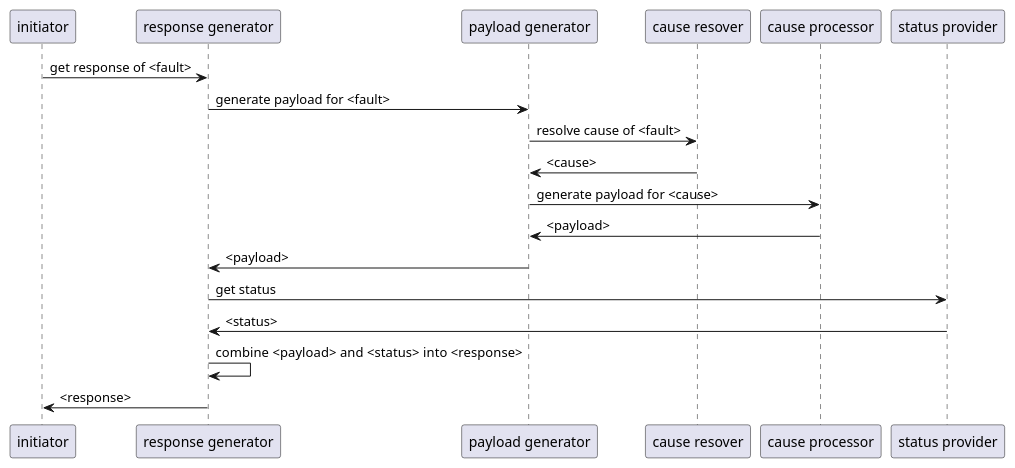
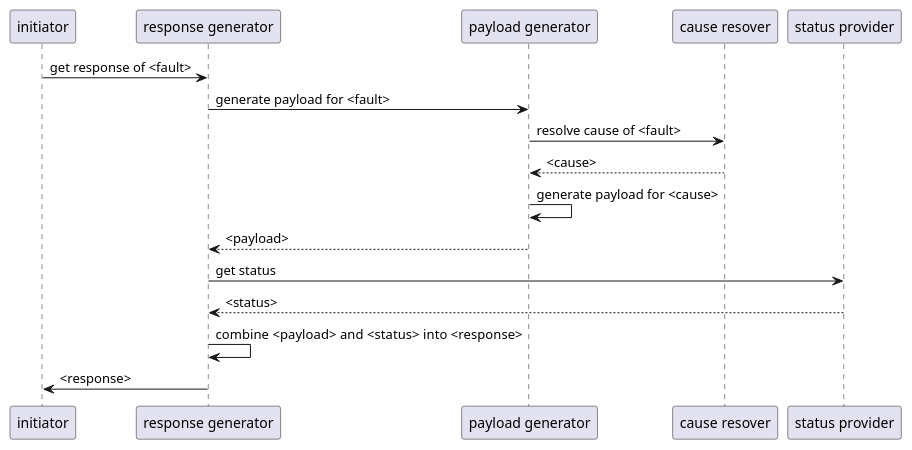
One commit to dwachura/restx changed the diagram in .docs/assets/general-flow-diagram.puml. Above: the diagram before and after it, drawn with PlantUML. The commit also changed 32 other files, not shown here.

```diff
--- a/.docs/assets/general-flow-diagram.puml
+++ b/.docs/assets/general-flow-diagram.puml
@@ -1,13 +1,12 @@
 @startuml
 "initiator" -> "response generator" : get response of <fault>
 "response generator" -> "payload generator" : generate payload for <fault>
 "payload generator" -> "cause resover" : resolve cause of <fault>
-"cause resover" -> "payload generator" : <cause>
-"payload generator" -> "cause processor" : generate payload for <cause>
-"cause processor" -> "payload generator" : <payload>
-"payload generator" -> "response generator" : <payload>
+"cause resover" --> "payload generator" : <cause>
+"payload generator" -> "payload generator" : generate payload for <cause>
+"payload generator" --> "response generator" : <payload>
 "response generator" -> "status provider" : get status
-"status provider" -> "response generator" : <status>
+"status provider" --> "response generator" : <status>
 "response generator" -> "response generator" : combine  <payload> and <status> into <response>
 "response generator" -> "initiator" : <response>
 @enduml
```
